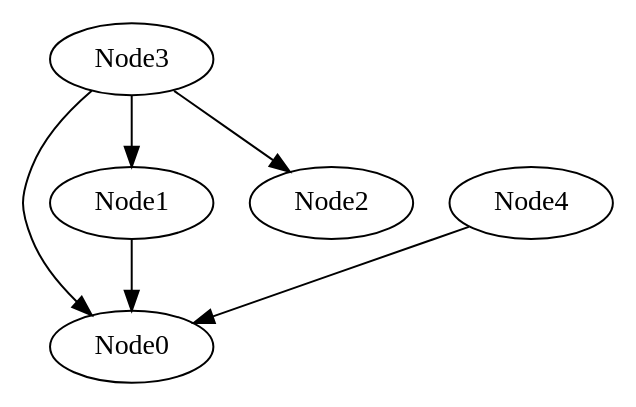
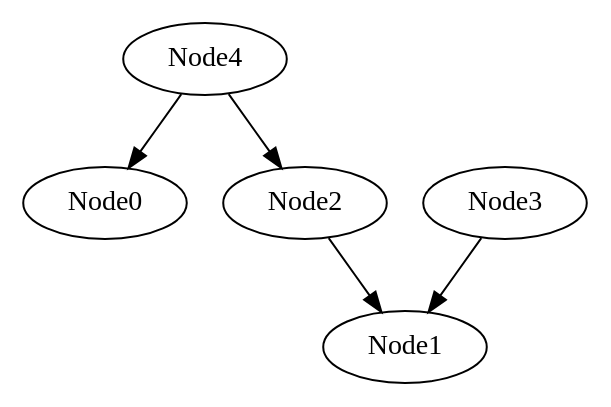
One commit to zephyr06/DAG_NLP changed the diagram in Visualize/currGraph.gv. Above: the diagram before and after it, drawn with Graphviz. The commit also changed 8 other files, not shown here.

```diff
--- a/Visualize/currGraph.gv
+++ b/Visualize/currGraph.gv
@@ -1,18 +1,16 @@
 // The Round Table
 digraph {
 	Node0
 	Node1
 	Node2
 	Node3
 	Node4
+	Node3 -> Node1
+
+	Node2 -> Node1
+
 	Node4 -> Node0
 
-	Node3 -> Node0
-
-	Node3 -> Node1
-
-	Node3 -> Node2
-
-	Node1 -> Node0
+	Node4 -> Node2
 
 }
```
